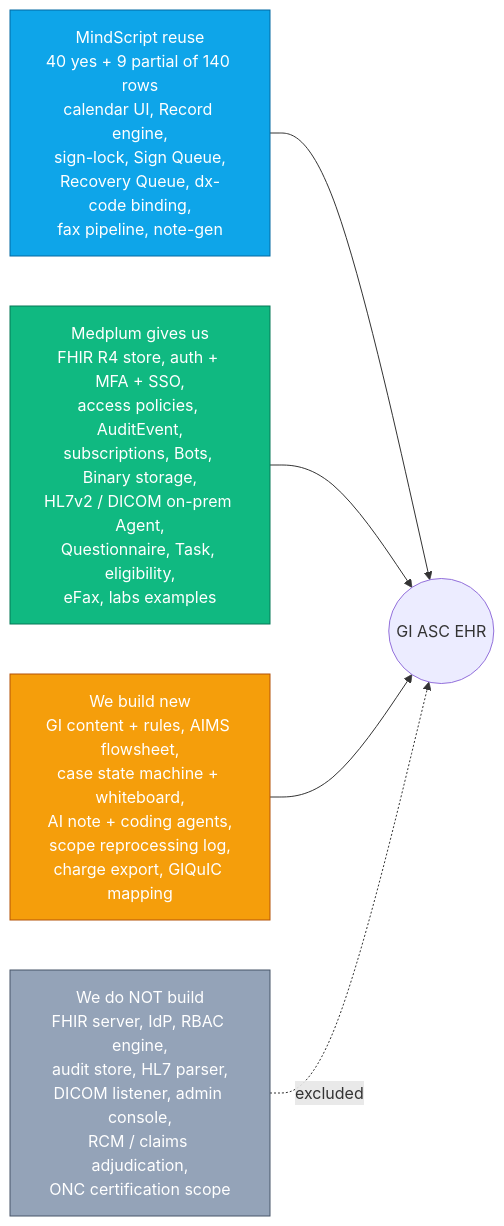
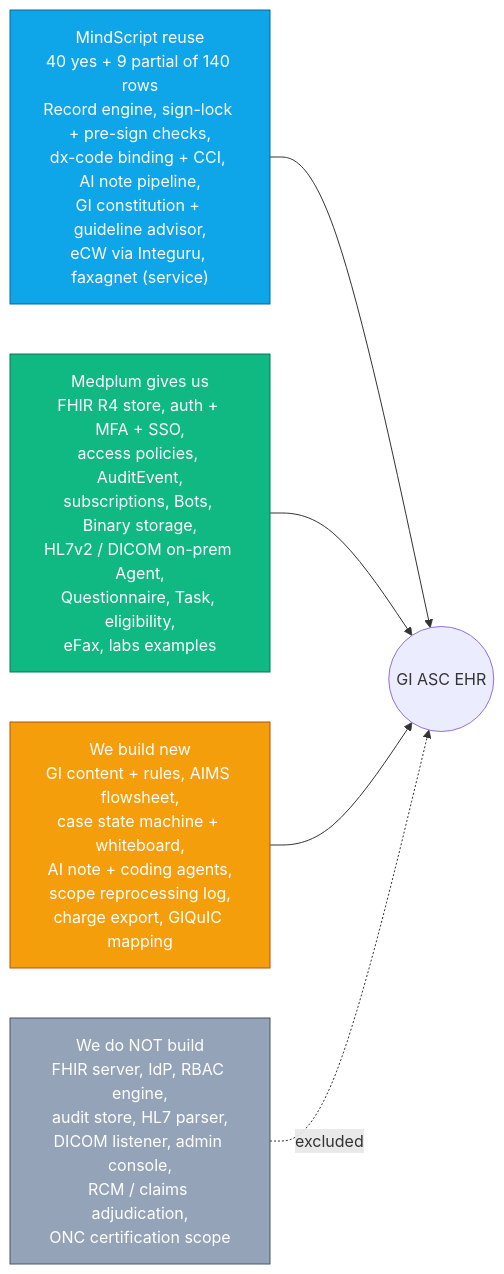
Before and after one commit to imRahul05/ASC-EHR: the diagram in docs/product/README.md, drawn with Mermaid. The commit also changed other lines of this file and 9 other files, not shown here.

First line of the commit message:
docs(product): reconcile plan with MindScript dev-team overview and add wiring guide

````diff
--- a/docs/product/README.md
+++ b/docs/product/README.md
@@ -26,17 +27,17 @@
 ```mermaid
 flowchart LR
     classDef ms fill:#0ea5e9,color:#fff,stroke:#0369a1
     classDef mp fill:#10b981,color:#fff,stroke:#047857
     classDef nb fill:#f59e0b,color:#fff,stroke:#b45309
     classDef no fill:#94a3b8,color:#fff,stroke:#475569
 
-    MS["MindScript reuse<br/>40 yes + 9 partial of 140 rows<br/>calendar UI, Record engine,<br/>sign-lock, Sign Queue,<br/>Recovery Queue, dx-code binding,<br/>fax pipeline, note-gen"]:::ms
+    MS["MindScript reuse<br/>40 yes + 9 partial of 140 rows<br/>Record engine, sign-lock + pre-sign checks,<br/>dx-code binding + CCI, AI note pipeline,<br/>GI constitution + guideline advisor,<br/>eCW via Integuru, faxagnet (service)"]:::ms
     MP["Medplum gives us<br/>FHIR R4 store, auth + MFA + SSO,<br/>access policies, AuditEvent,<br/>subscriptions, Bots, Binary storage,<br/>HL7v2 / DICOM on-prem Agent,<br/>Questionnaire, Task, eligibility,<br/>eFax, labs examples"]:::mp
     NB["We build new<br/>GI content + rules, AIMS flowsheet,<br/>case state machine + whiteboard,<br/>AI note + coding agents,<br/>scope reprocessing log,<br/>charge export, GIQuIC mapping"]:::nb
     NO["We do NOT build<br/>FHIR server, IdP, RBAC engine,<br/>audit store, HL7 parser,<br/>DICOM listener, admin console,<br/>RCM / claims adjudication,<br/>ONC certification scope"]:::no
 
     MS --> Product(("GI ASC EHR"))
     MP --> Product
     NB --> Product
     NO -. excluded .-> Product
 ```
````
